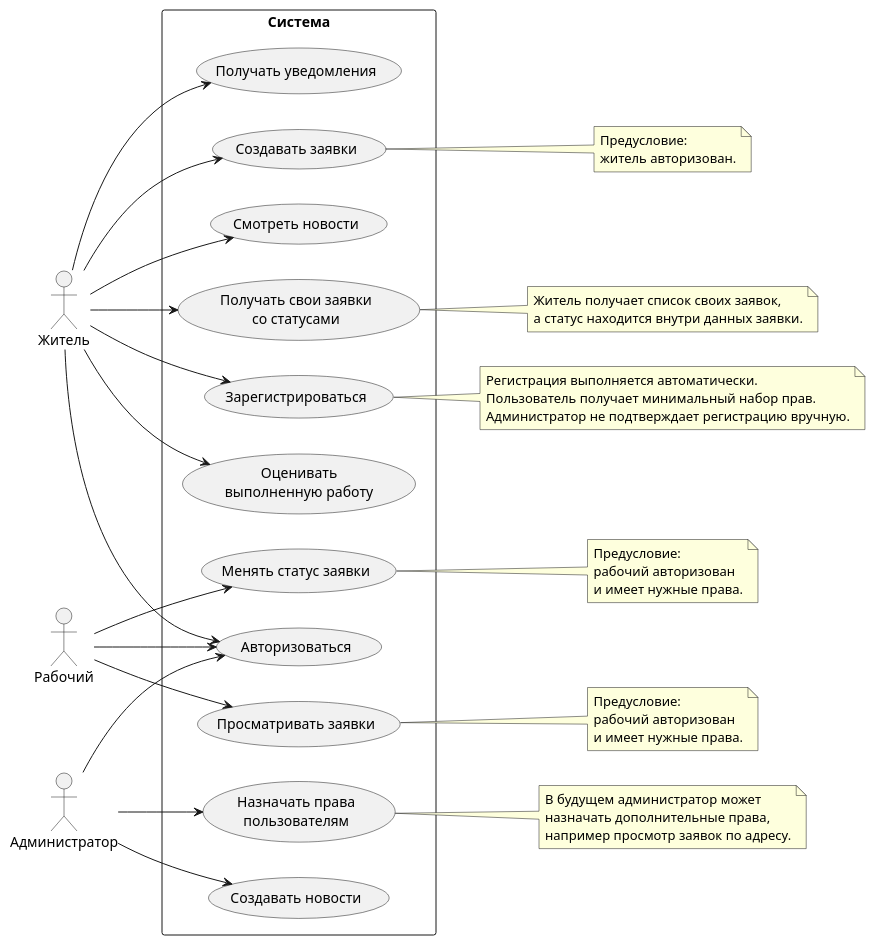
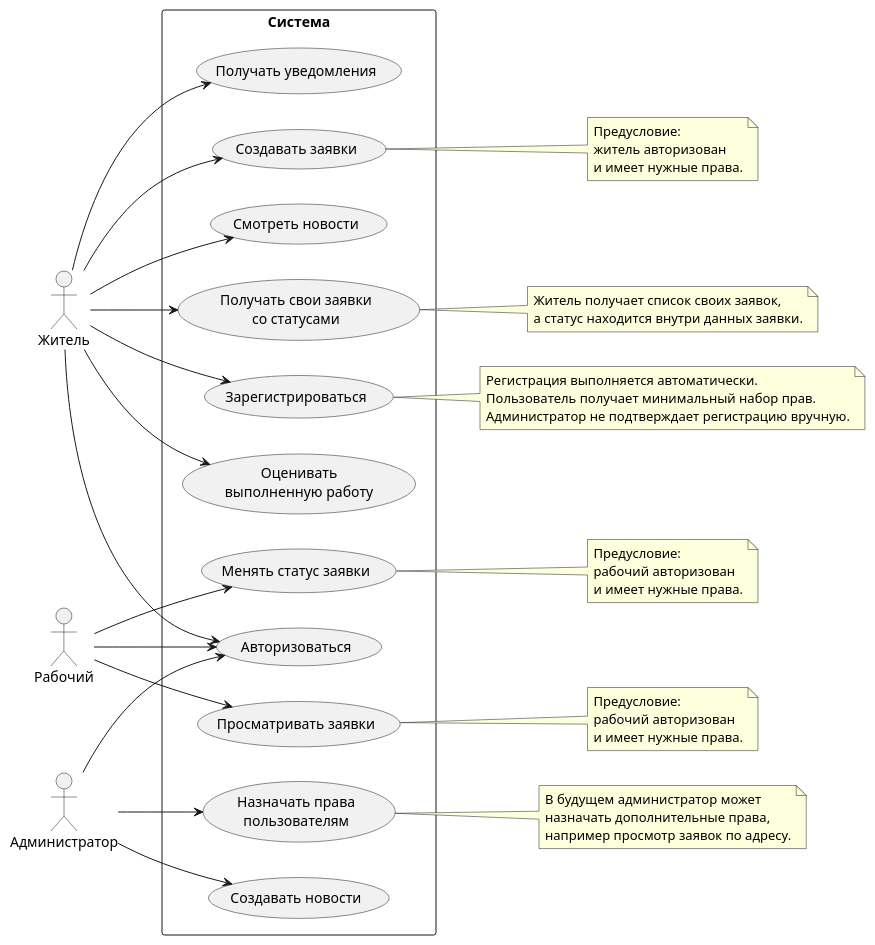
The diagram in diagrams/use_case_diagram.wsd (ArthurDavletov/ufanet_practice_zheu), drawn with PlantUML before and after one commit. The commit also changed 1 other file, not shown here.

```diff
--- a/diagrams/use_case_diagram.wsd
+++ b/diagrams/use_case_diagram.wsd
@@ -1,76 +1,77 @@
 @startuml
 left to right direction
 skinparam packageStyle rectangle
 
 actor "Житель" as Resident
 actor "Рабочий" as Worker
 actor "Администратор" as Admin
 
 rectangle "Система" {
     usecase "Зарегистрироваться" as UC_Register
     usecase "Авторизоваться" as UC_Login
 
     usecase "Смотреть новости" as UC_ViewNews
     usecase "Создавать заявки" as UC_CreateTicket
     usecase "Получать свои заявки\nсо статусами" as UC_GetOwnTickets
     usecase "Оценивать\nвыполненную работу" as UC_RateWork
     usecase "Получать уведомления" as UC_GetNotifications
 
     usecase "Просматривать заявки" as UC_ViewTickets
     usecase "Менять статус заявки" as UC_ChangeTicketStatus
 
     usecase "Создавать новости" as UC_CreateNews
     usecase "Назначать права\nпользователям" as UC_AssignRights
 }
 
 Resident --> UC_Register
 Resident --> UC_Login
 Resident --> UC_ViewNews
 Resident --> UC_CreateTicket
 Resident --> UC_GetOwnTickets
 Resident --> UC_RateWork
 Resident --> UC_GetNotifications
 
 Worker --> UC_Login
 Worker --> UC_ViewTickets
 Worker --> UC_ChangeTicketStatus
 
 Admin --> UC_Login
 Admin --> UC_CreateNews
 Admin --> UC_AssignRights
 
 note right of UC_Register
 Регистрация выполняется автоматически.
 Пользователь получает минимальный набор прав.
 Администратор не подтверждает регистрацию вручную.
 end note
 
 note right of UC_CreateTicket
 Предусловие:
-житель авторизован.
+житель авторизован
+и имеет нужные права.
 end note
 
 note right of UC_GetOwnTickets
 Житель получает список своих заявок,
 а статус находится внутри данных заявки.
 end note
 
 note right of UC_ViewTickets
 Предусловие:
 рабочий авторизован
 и имеет нужные права.
 end note
 
 note right of UC_ChangeTicketStatus
 Предусловие:
 рабочий авторизован
 и имеет нужные права.
 end note
 
 note right of UC_AssignRights
 В будущем администратор может
 назначать дополнительные права,
 например просмотр заявок по адресу.
 end note
 
 @enduml
```
